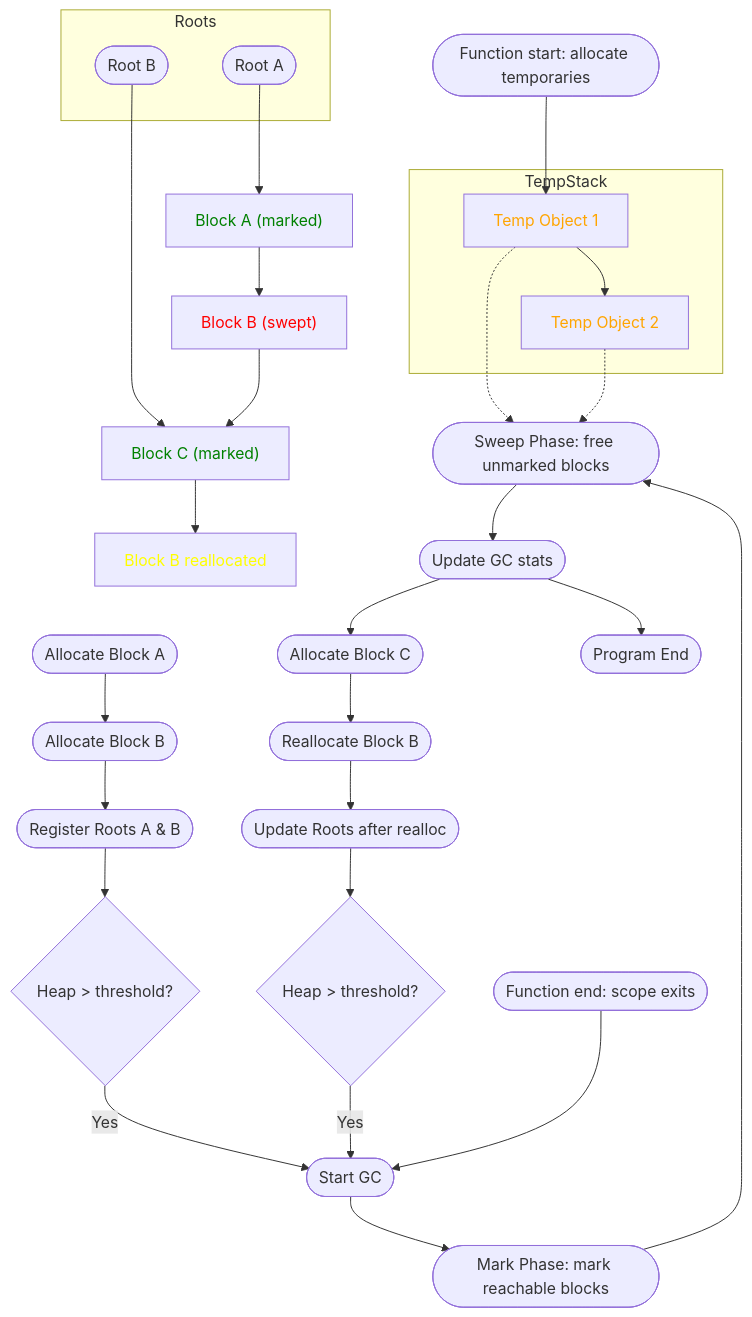
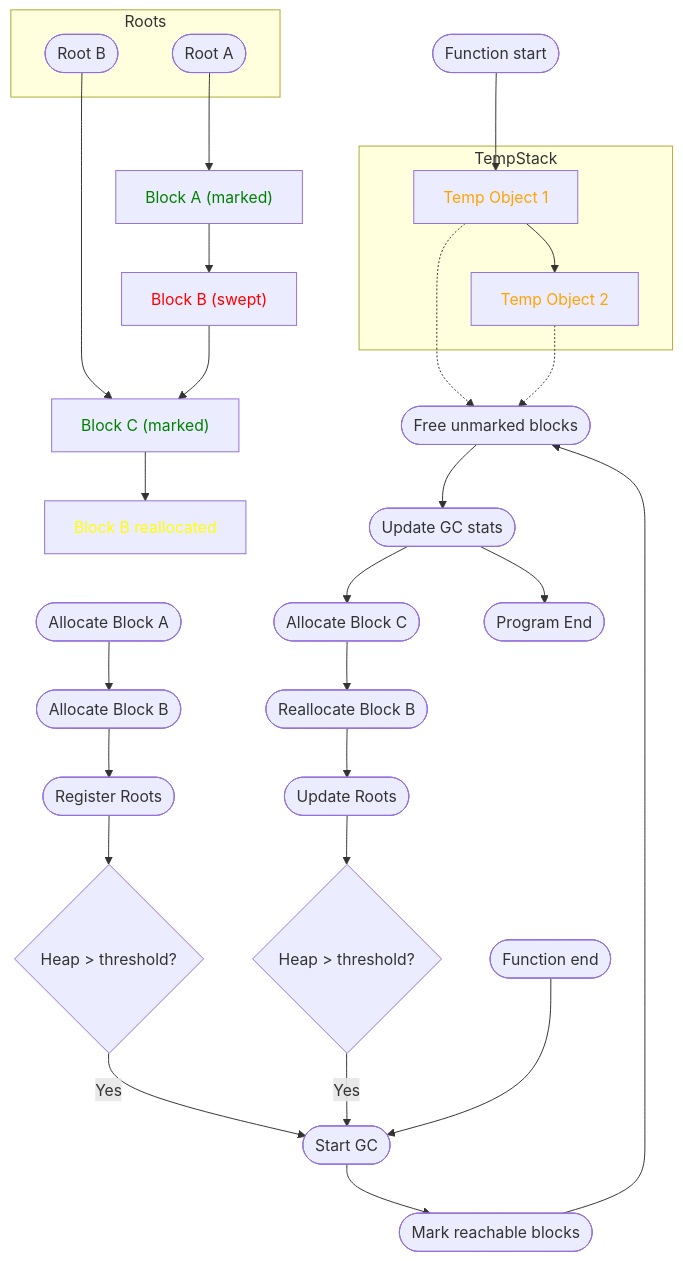
Before and after one commit to MyNameIsTrez/ft-gc: the first of 3 diagrams in README.md, drawn with Mermaid. The commit also changed other lines of this file, not shown here.

````diff
--- a/README.md
+++ b/README.md
@@ -33,47 +52,39 @@
 ```mermaid
 flowchart TD
-    %% Persistent Roots
     subgraph Roots
         R1([Root A])
         R2([Root B])
     end
 
-    %% Heap blocks
     B1["<span style='color:green'>Block A (marked)</span>"]
     B2["<span style='color:red'>Block B (swept)</span>"]
     B3["<span style='color:green'>Block C (marked)</span>"]
     B4["<span style='color:yellow'>Block B reallocated</span>"]
 
-    %% Temporary stack objects
     subgraph TempStack
         T1["<span style='color:orange'>Temp Object 1</span>"]
         T2["<span style='color:orange'>Temp Object 2</span>"]
     end
 
-    %% Root connections
     R1 --> B1
     R2 --> B3
 
-    %% Heap links
     B1 --> B2
     B2 --> B3
     B3 --> B4
 
-    %% Allocation flow
-    Alloc1([Allocate Block A]) --> Alloc2([Allocate Block B]) --> RootReg1([Register Roots A & B])
+    Alloc1([Allocate Block A]) --> Alloc2([Allocate Block B]) --> RootReg1([Register Roots])
     RootReg1 --> GCCheck1{Heap > threshold?}
-    GCCheck1 -- Yes --> GCStart([Start GC]) --> MarkPhase([Mark Phase: mark reachable blocks])
-    MarkPhase --> SweepPhase([Sweep Phase: free unmarked blocks]) --> StatsUpdate([Update GC stats])
-    StatsUpdate --> Alloc3([Allocate Block C]) --> Realloc1([Reallocate Block B]) --> RootUpdate([Update Roots after realloc])
+    GCCheck1 -- Yes --> GCStart([Start GC]) --> MarkPhase([Mark reachable blocks])
+    MarkPhase --> SweepPhase([Free unmarked blocks]) --> StatsUpdate([Update GC stats])
+    StatsUpdate --> Alloc3([Allocate Block C]) --> Realloc1([Reallocate Block B]) --> RootUpdate([Update Roots])
     RootUpdate --> GCCheck2{Heap > threshold?}
     GCCheck2 -- Yes --> GCStart
 
-    %% Temporary stack allocations
-    StartFunc([Function start: allocate temporaries]) --> T1 --> T2
-    FunctionEnd([Function end: scope exits]) --> GCStart
+    StartFunc([Function start]) --> T1 --> T2
+    FunctionEnd([Function end]) --> GCStart
     T1 -.-> SweepPhase
     T2 -.-> SweepPhase
 
-    %% Program end
     StatsUpdate --> End([Program End])
 ```
````
